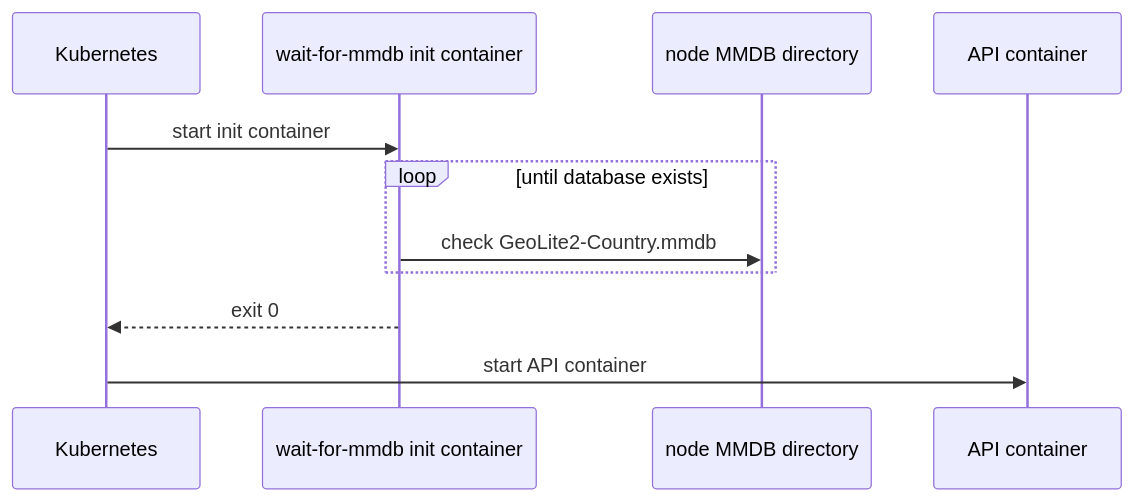
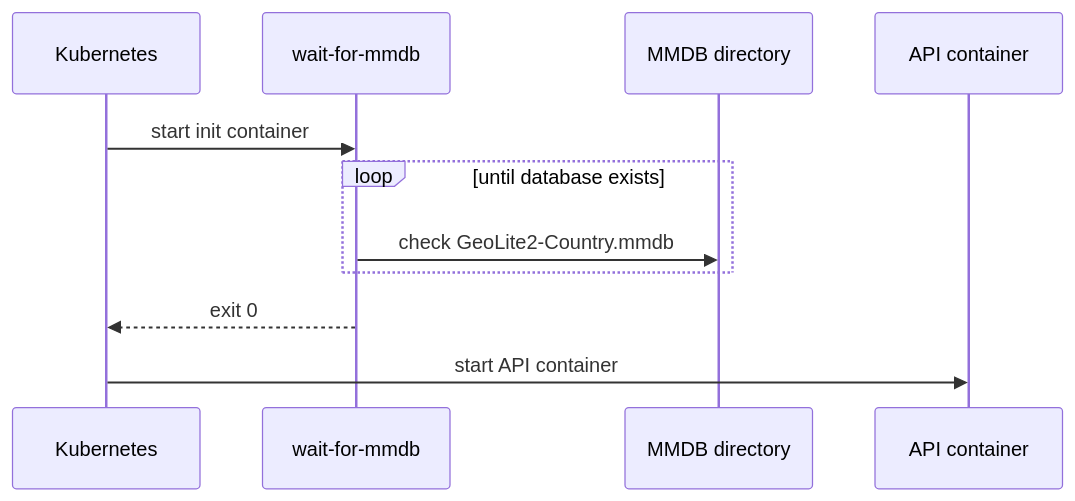
Before and after one commit to Jstarzz/geotagger: the tenth of 14 diagrams in docs/KUBERNETES.md, drawn with Mermaid. The commit also changed other lines of this file, not shown here.

Commit message:
docs: fix Mermaid and tighten Kubernetes guide

````diff
--- a/docs/KUBERNETES.md
+++ b/docs/KUBERNETES.md
@@ -377,14 +217,13 @@
 ```mermaid
 sequenceDiagram
     participant K as Kubernetes
-    participant I as wait-for-mmdb init container
-    participant F as node MMDB directory
+    participant I as wait-for-mmdb
+    participant F as MMDB directory
     participant A as API container
-
     K->>I: start init container
     loop until database exists
         I->>F: check GeoLite2-Country.mmdb
     end
     I-->>K: exit 0
     K->>A: start API container
 ```
````
